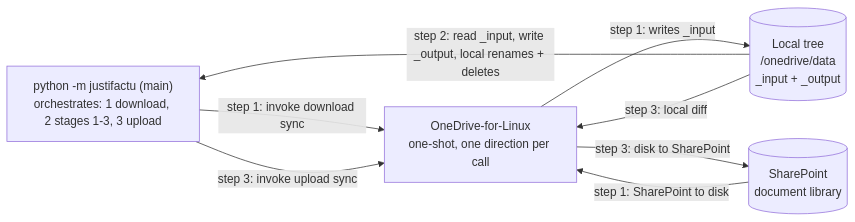
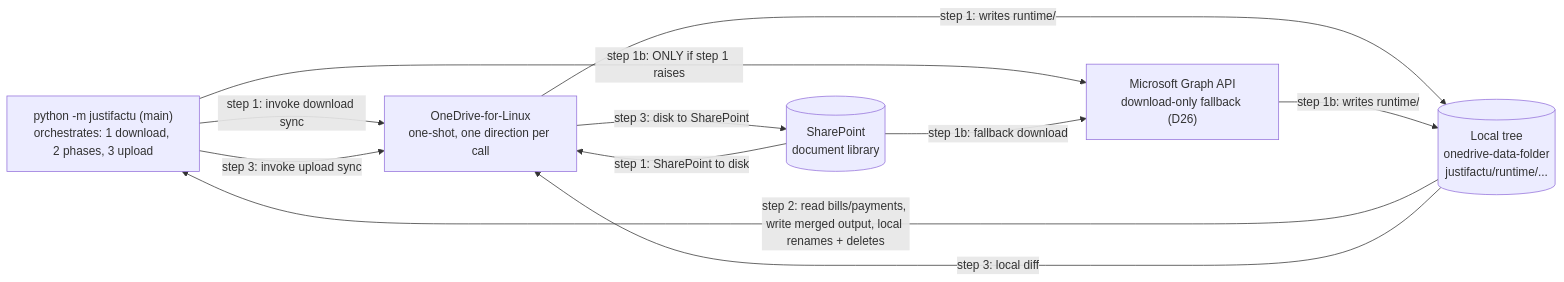
One commit to ICIQ-DMP/justifactu-docs changed the first of 4 diagrams in docs/explanation/onedrive_sync_and_orchestration.md. Above: the diagram before and after it, drawn with Mermaid. The commit also changed other lines of this file and 1 other file, not shown here.

````diff
--- a/docs/explanation/onedrive_sync_and_orchestration.md
+++ b/docs/explanation/onedrive_sync_and_orchestration.md
@@ -59,15 +71,19 @@
 ```mermaid
 flowchart LR
-    APP["python -m justifactu (main)<br/>orchestrates: 1 download, 2 stages 1-3, 3 upload"]
+    APP["python -m justifactu (main)<br/>orchestrates: 1 download, 2 phases, 3 upload"]
     OD["OneDrive-for-Linux<br/>one-shot, one direction per call"]
-    LC[(Local tree<br/>/onedrive/data<br/>_input + _output)]
+    GAPI["Microsoft Graph API<br/>download-only fallback (D26)"]
+    LC[(Local tree<br/>onedrive-data-folder<br/>justifactu/runtime/...)]
     SP[(SharePoint<br/>document library)]
 
     APP -- "step 1: invoke download sync" --> OD
+    APP -- "step 1b: ONLY if step 1 raises" --> GAPI
     APP -- "step 3: invoke upload sync" --> OD
     SP -- "step 1: SharePoint to disk" --> OD
-    OD -- "step 1: writes _input" --> LC
-    LC -- "step 2: read _input, write _output, local renames + deletes" --> APP
+    SP -- "step 1b: fallback download" --> GAPI
+    OD -- "step 1: writes runtime/" --> LC
+    GAPI -- "step 1b: writes runtime/" --> LC
+    LC -- "step 2: read bills/payments, write merged output, local renames + deletes" --> APP
     OD -- "step 3: disk to SharePoint" --> SP
     LC -- "step 3: local diff" --> OD
 ```
````
